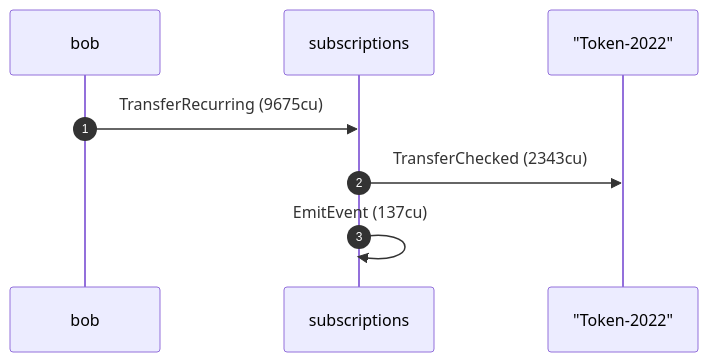
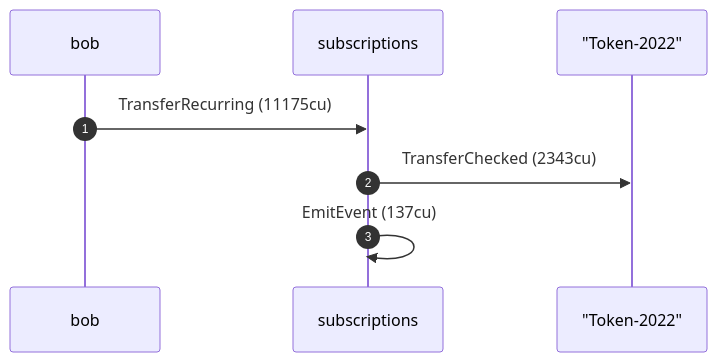
The ninth of 12 diagrams in dsl_tests/recurring-transfer-over-a-token-2022-unconfigured-transfer-hook-mint.md (cds-rs/subscriptions), drawn with Mermaid before and after one commit. The commit also changed other lines of this file and 224 other files, not shown here.

````diff
--- a/dsl_tests/recurring-transfer-over-a-token-2022-unconfigured-transfer-hook-mint.md
+++ b/dsl_tests/recurring-transfer-over-a-token-2022-unconfigured-transfer-hook-mint.md
@@ -185,10 +194,10 @@
 ```mermaid
 sequenceDiagram
     autonumber
     participant bob
     participant subscriptions
     participant Token_2022 as "Token-2022"
-    bob ->> subscriptions: TransferRecurring (9675cu)
+    bob ->> subscriptions: TransferRecurring (11175cu)
     subscriptions ->> Token_2022: TransferChecked (2343cu)
     subscriptions ->> subscriptions: EmitEvent (137cu)
 ```
````
